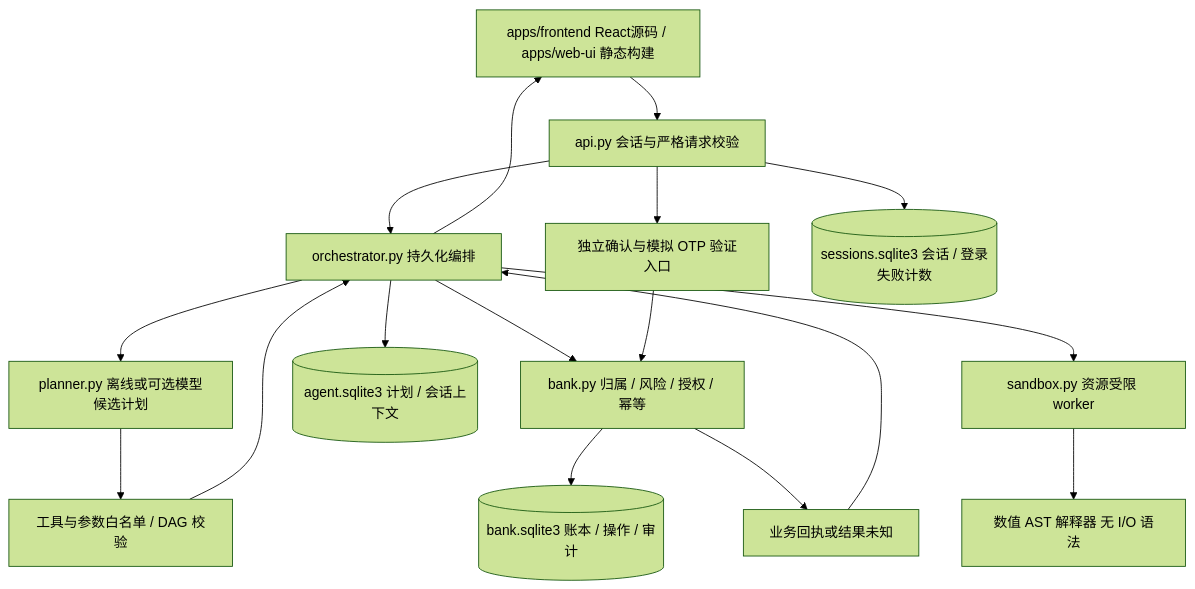
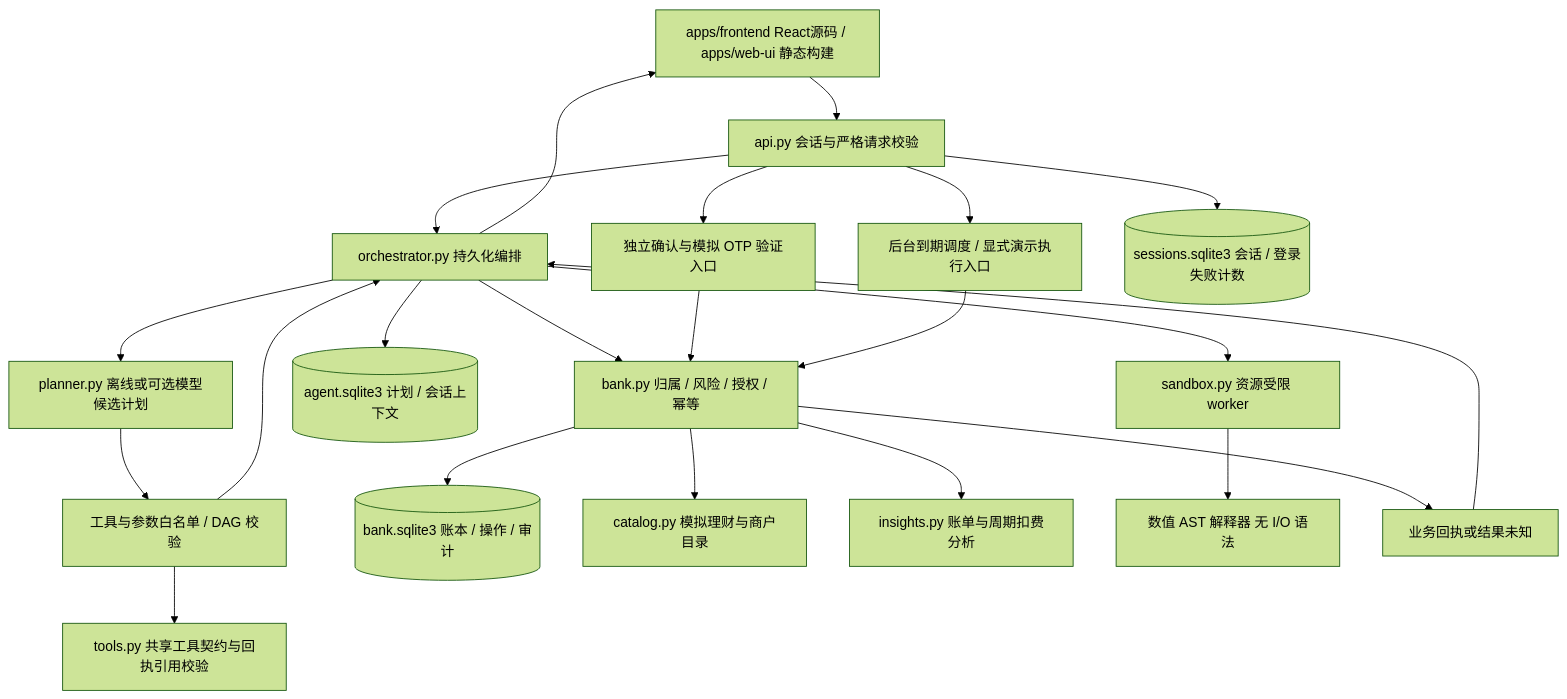
One commit to DragonFlamee/bankagents changed the first of 2 diagrams in docs/architecture.md. Above: the diagram before and after it, drawn with Mermaid (forest theme). The commit also changed other lines of this file and 317 other files, not shown here.

````diff
--- a/docs/architecture.md
+++ b/docs/architecture.md
@@ -9,19 +11,24 @@
 ```mermaid
 flowchart TD
     UI[apps/frontend React源码 / apps/web-ui 静态构建] --> API[api.py 会话与严格请求校验]
     API --> O[orchestrator.py 持久化编排]
     O --> P[planner.py 离线或可选模型候选计划]
     P --> V[工具与参数白名单 / DAG 校验]
+    V --> T[tools.py 共享工具契约与回执引用校验]
     V --> O
     O --> B[bank.py 归属 / 风险 / 授权 / 幂等]
     API --> AUTH[独立确认与模拟 OTP 验证入口]
     AUTH --> B
     B --> DB[(bank.sqlite3 账本 / 操作 / 审计)]
+    API --> Q[后台到期调度 / 显式演示执行入口]
+    Q --> B
+    B --> C[catalog.py 模拟理财与商户目录]
+    B --> I[insights.py 账单与周期扣费分析]
     O --> PD[(agent.sqlite3 计划 / 会话上下文)]
     API --> SD[(sessions.sqlite3 会话 / 登录失败计数)]
     O --> S[sandbox.py 资源受限 worker]
     S --> W[数值 AST 解释器 无 I/O 语法]
     B --> R[业务回执或结果未知]
     R --> O
     O --> UI
 ```
````
